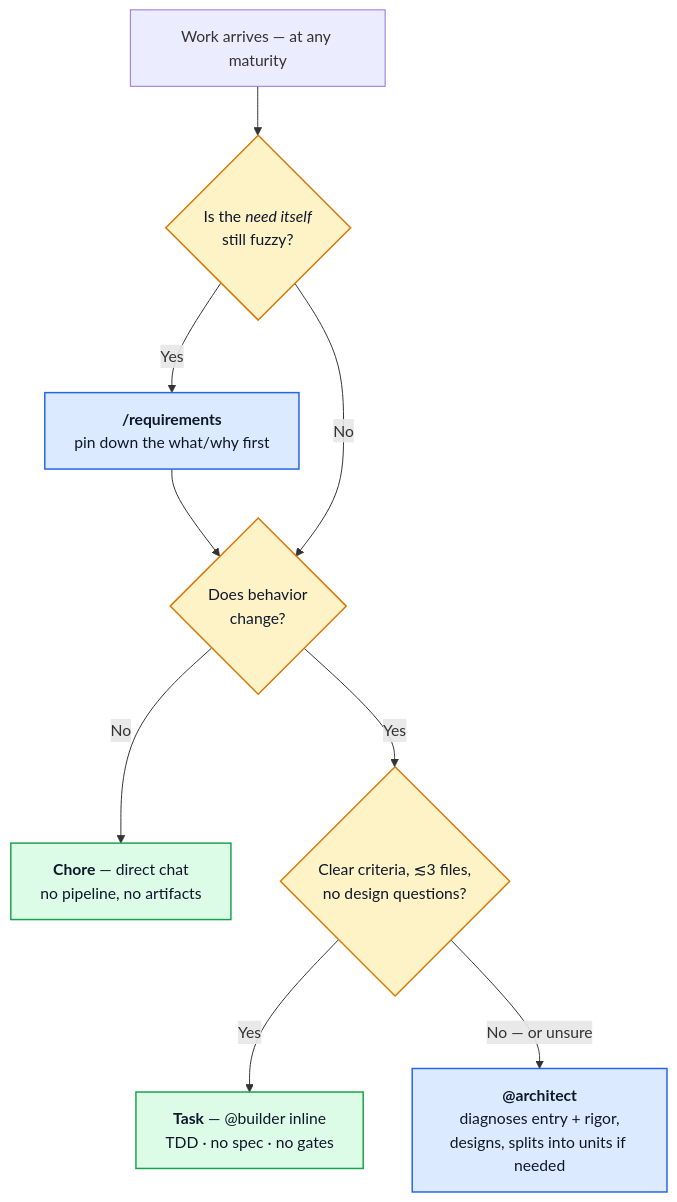
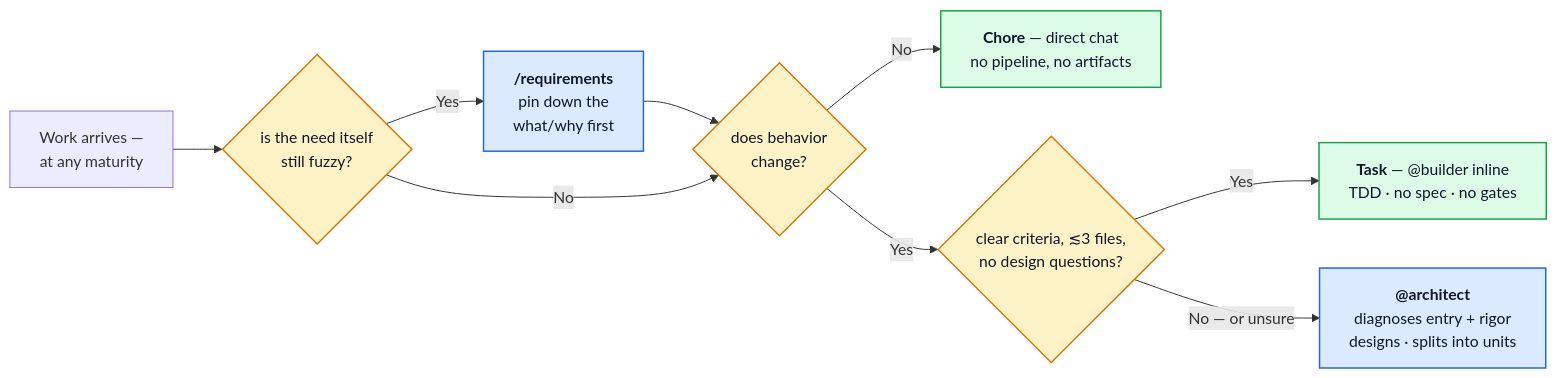
The first of 4 diagrams in docs/WORKFLOW.md (AmirAnckonina/aa-agentic-workflow), drawn with Mermaid before and after one commit. The commit also changed 2 other files, not shown here.

Commit message:
Redraw docs diagrams left-to-right; fix stale label and awkward line breaks
The README pipeline flowchart rendered 522x1940 (ratio 3.7:1) — a narrow
tower with dead space; the WORKFLOW routing ladder was similar. Both are
now flowchart LR bands (2500x340 and 1600x370), and the DESIGN
owned/rented map follows (2140x300), so each diagram reads in one
screen-width pass. Verified rendered in a local mermaid page.

Text fixes: the README fast-path edge still said "ordinary feature"
(pre-0.8.0 vocabulary) — now "standard feature"; the Architect routing
node's mid-phrase breaks ("diagnoses entry + rigor,/designs, splits into
units if needed") re-broken on phrase boundaries; brief moved to an edge
label and the /requirements node trimmed to keep the LR band compact.

````diff
--- a/docs/WORKFLOW.md
+++ b/docs/WORKFLOW.md
@@ -19,18 +19,18 @@
 ```mermaid
-flowchart TD
-    S["Work arrives — at any maturity"] --> Q0{"Is the <i>need itself</i><br/>still fuzzy?"}
-    Q0 -->|Yes| RQ["<b>/requirements</b><br/>pin down the what/why first"]
+flowchart LR
+    S["Work arrives —<br/>at any maturity"] --> Q0{"is the need itself<br/>still fuzzy?"}
+    Q0 -->|Yes| RQ["<b>/requirements</b><br/>pin down the<br/>what/why first"]
     RQ --> Q1
-    Q0 -->|No| Q1{"Does behavior<br/>change?"}
+    Q0 -->|No| Q1{"does behavior<br/>change?"}
     Q1 -->|No| C["<b>Chore</b> — direct chat<br/>no pipeline, no artifacts"]
-    Q1 -->|Yes| Q2{"Clear criteria, ≲3 files,<br/>no design questions?"}
+    Q1 -->|Yes| Q2{"clear criteria, ≲3 files,<br/>no design questions?"}
     Q2 -->|Yes| TK["<b>Task</b> — @builder inline<br/>TDD · no spec · no gates"]
-    Q2 -->|"No — or unsure"| AR["<b>@architect</b><br/>diagnoses entry + rigor,<br/>designs, splits into units if needed"]
+    Q2 -->|"No — or unsure"| AR["<b>@architect</b><br/>diagnoses entry + rigor<br/>designs · splits into units"]
 
     classDef q fill:#fef3c7,stroke:#d97706,stroke-width:1.5px,color:#0f172a
     classDef light fill:#dcfce7,stroke:#16a34a,stroke-width:1.5px,color:#0f172a
     classDef heavy fill:#dbeafe,stroke:#2563eb,stroke-width:1.5px,color:#0f172a
     class Q0,Q1,Q2 q
     class C,TK light
     class RQ,AR heavy
 ```
````
